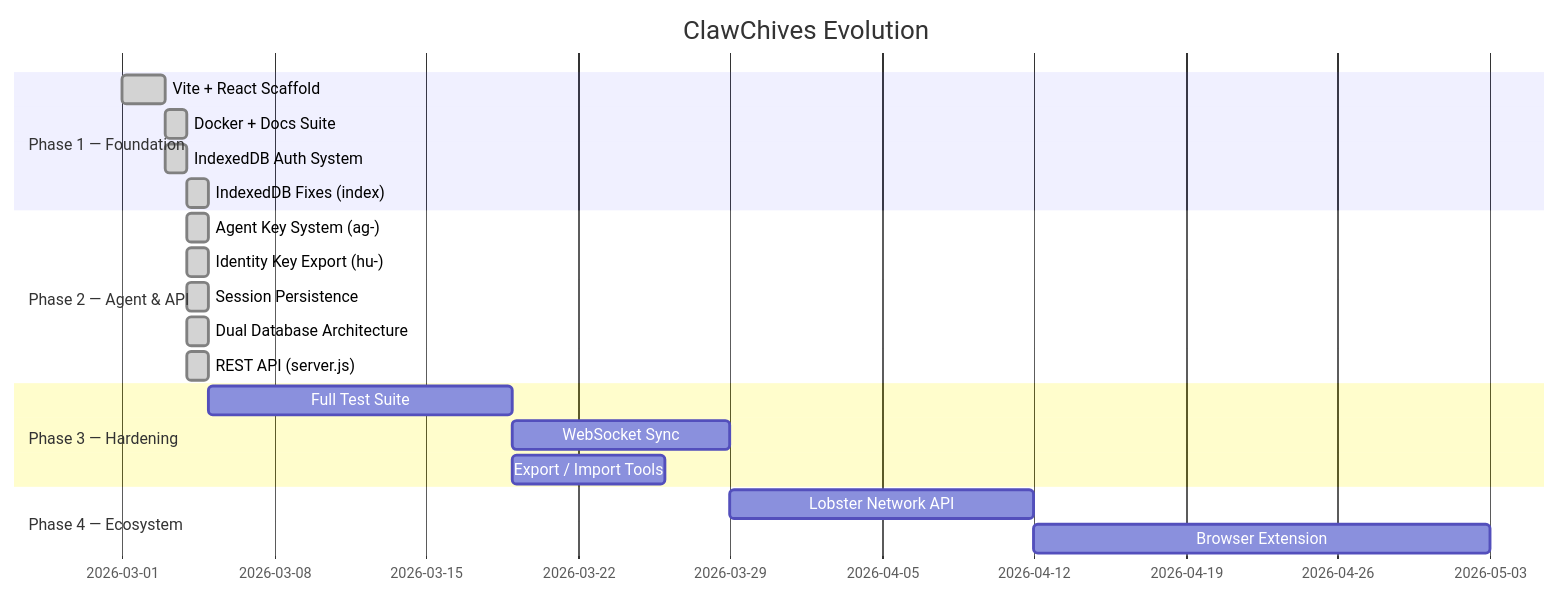
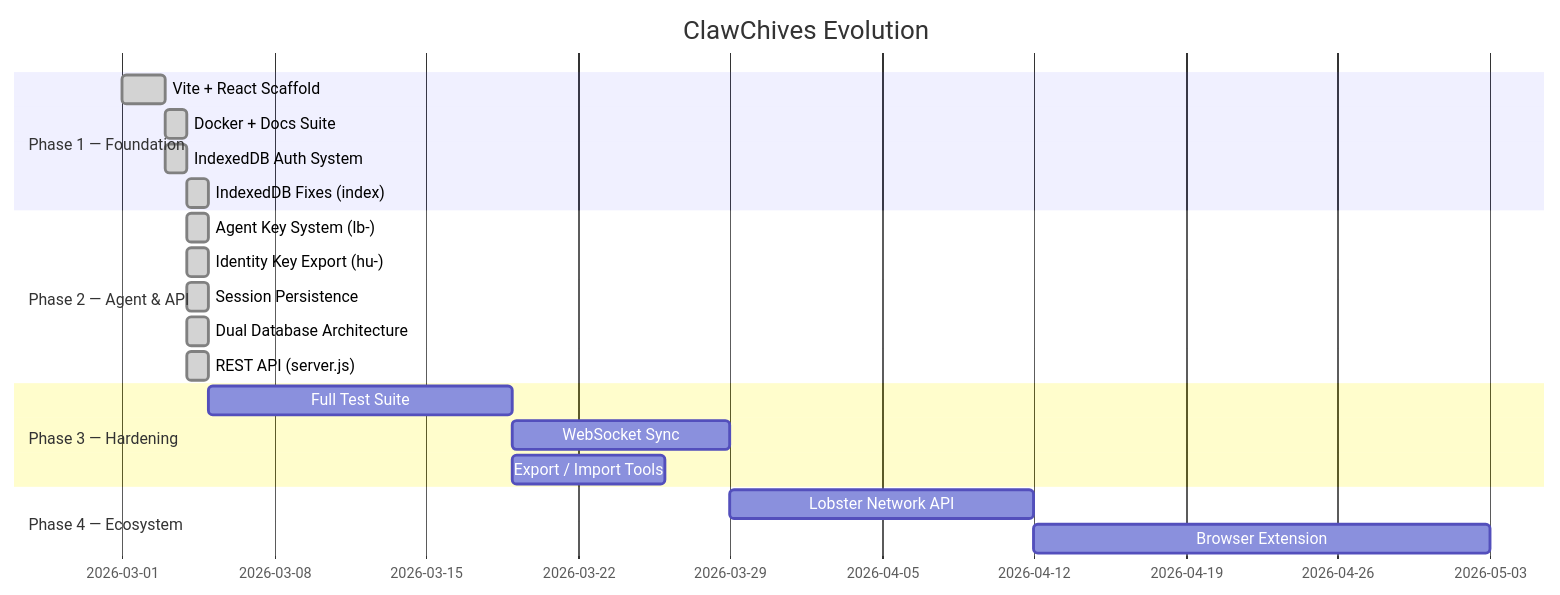
The diagram in ROADMAP.md (ClawStackStudios/ClawChives), drawn with Mermaid before and after one commit. The commit also changed other lines of this file and 52 other files, not shown here.

````diff
--- a/ROADMAP.md
+++ b/ROADMAP.md
@@ -12,23 +12,23 @@
 ```mermaid
 gantt
     title ClawChives Evolution
     dateFormat  YYYY-MM-DD
     section Phase 1 — Foundation
     Vite + React Scaffold       :done,    p1a, 2026-03-01, 2026-03-03
     Docker + Docs Suite         :done,    p1b, 2026-03-03, 1d
     IndexedDB Auth System       :done,    p1c, 2026-03-03, 1d
     IndexedDB Fixes (index)     :done,    p1d, 2026-03-04, 1d
     section Phase 2 — Agent & API
-    Agent Key System (ag-)      :done,    p2a, 2026-03-04, 1d
+    Agent Key System (lb-)      :done,    p2a, 2026-03-04, 1d
     Identity Key Export (hu-)   :done,    p2b, 2026-03-04, 1d
     Session Persistence         :done,    p2c, 2026-03-04, 1d
     Dual Database Architecture  :done,    p2d, 2026-03-04, 1d
     REST API (server.js)        :done,    p2e, 2026-03-04, 1d
     section Phase 3 — Hardening
     Full Test Suite             :         p3a, after p2e, 14d
     WebSocket Sync              :         p3b, after p3a, 10d
     Export / Import Tools       :         p3c, after p3a, 7d
     section Phase 4 — Ecosystem
     Lobster Network API         :         p4a, after p3b, 14d
     Browser Extension           :         p4b, after p4a, 21d
 ```
````
